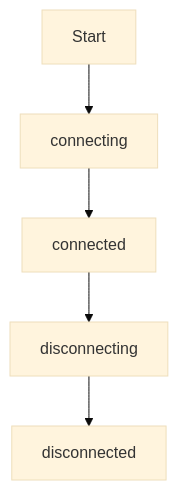
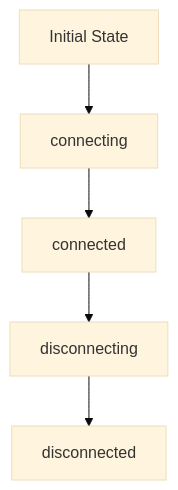
Before and after one commit to Ylianst/MeshCentral: the diagram in docs/diagrams/architecture/rfb-and-display-2.mmd, drawn with Mermaid (base theme). The commit also changed 642 other files, not shown here.

```diff
--- a/docs/diagrams/architecture/rfb-and-display-2.mmd
+++ b/docs/diagrams/architecture/rfb-and-display-2.mmd
@@ -1,5 +1,5 @@
 flowchart TD
-    Start["Start"] --> Connecting["connecting"]
+    Init["Initial State"] --> Connecting["connecting"]
     Connecting --> Connected["connected"]
     Connected --> Disconnecting["disconnecting"]
     Disconnecting --> Disconnected["disconnected"]
```
